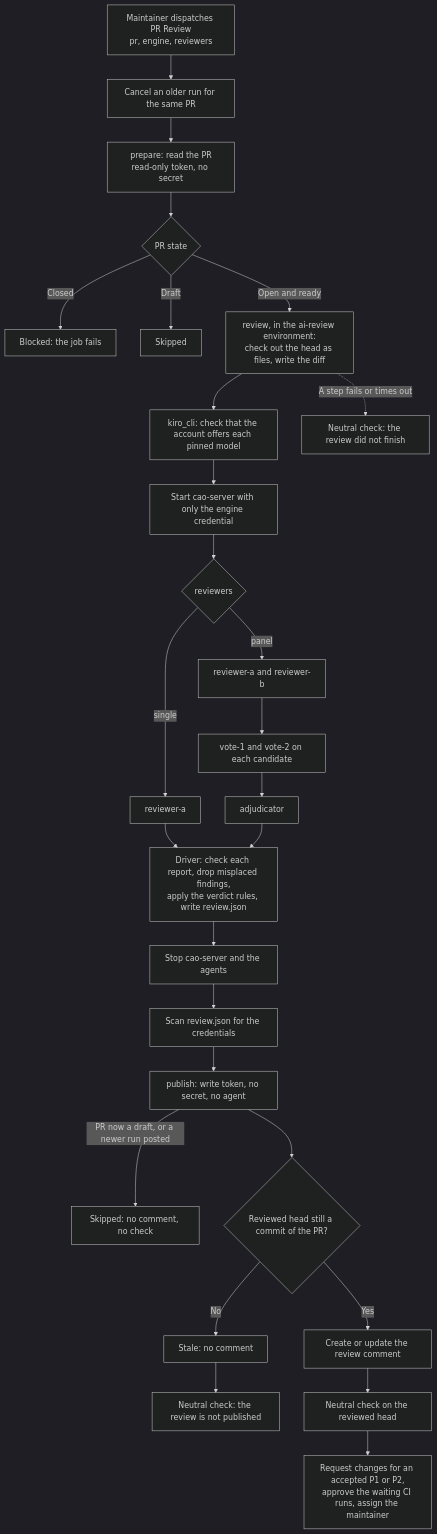
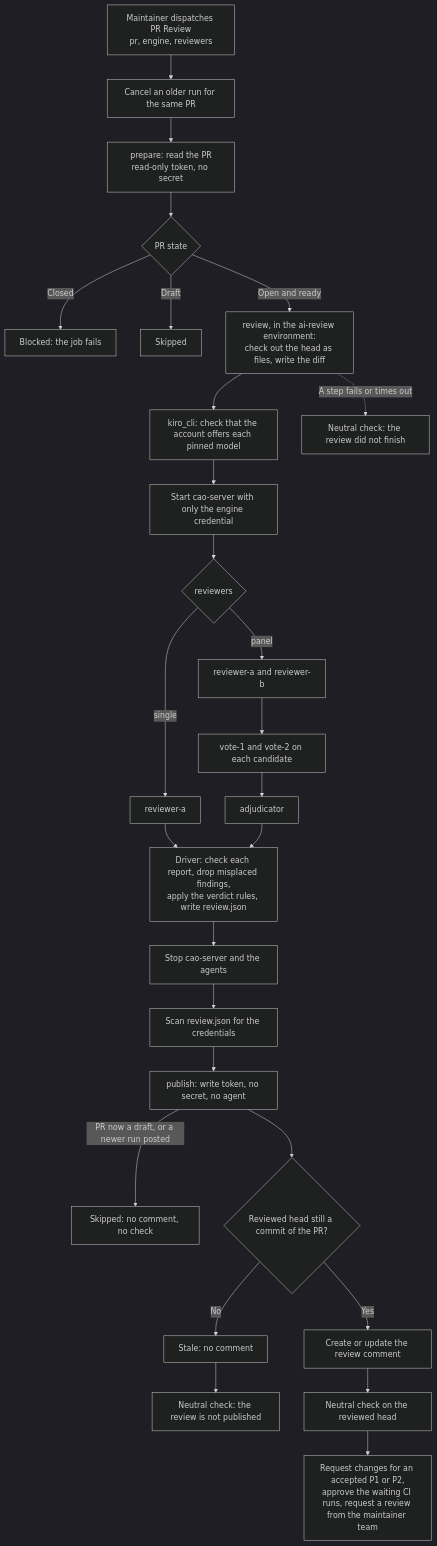
The diagram in docs/pr-review-design.md (awslabs/cli-agent-orchestrator), drawn with Mermaid (dark theme) before and after one commit. The commit also changed other lines of this file and 5 other files, not shown here.

First line of the commit message:
feat(pr-review): request a review from the maintainer team

````diff
--- a/docs/pr-review-design.md
+++ b/docs/pr-review-design.md
@@ -123,29 +123,29 @@
 ```mermaid
 flowchart TD
     Dispatch["Maintainer dispatches PR Review<br/>pr, engine, reviewers"] --> Cancel["Cancel an older run for the same PR"]
     Cancel --> Prepare["prepare: read the PR<br/>read-only token, no secret"]
     Prepare --> Open{"PR state"}
     Open -->|"Closed"| Blocked["Blocked: the job fails"]
     Open -->|"Draft"| Skipped["Skipped"]
     Open -->|"Open and ready"| Setup["review, in the ai-review environment:<br/>check out the head as files, write the diff"]
     Setup --> Models["kiro_cli: check that the account offers each pinned model"]
     Models --> Server["Start cao-server with only the engine credential"]
     Server --> Mode{"reviewers"}
     Mode -->|"single"| One["reviewer-a"]
     Mode -->|"panel"| Two["reviewer-a and reviewer-b"]
     Two --> Votes["vote-1 and vote-2 on each candidate"]
     Votes --> Judge["adjudicator"]
     One --> Rules["Driver: check each report, drop misplaced findings,<br/>apply the verdict rules, write review.json"]
     Judge --> Rules
     Rules --> Stop["Stop cao-server and the agents"]
     Stop --> Scan["Scan review.json for the credentials"]
     Scan --> Publish["publish: write token, no secret, no agent"]
     Publish -->|"PR now a draft, or a newer run posted"| Late["Skipped: no comment, no check"]
     Publish --> Fresh{"Reviewed head still a commit of the PR?"}
     Fresh -->|"No"| Stale["Stale: no comment"]
     Stale --> NotPublished["Neutral check: the review is not published"]
     Fresh -->|"Yes"| Comment["Create or update the review comment"]
     Comment --> Check["Neutral check on the reviewed head"]
-    Check --> Act["Request changes for an accepted P1 or P2,<br/>approve the waiting CI runs, assign the maintainer"]
+    Check --> Act["Request changes for an accepted P1 or P2,<br/>approve the waiting CI runs, request a review from the maintainer team"]
     Setup -.->|"A step fails or times out"| Failed["Neutral check: the review did not finish"]
 ```
````
